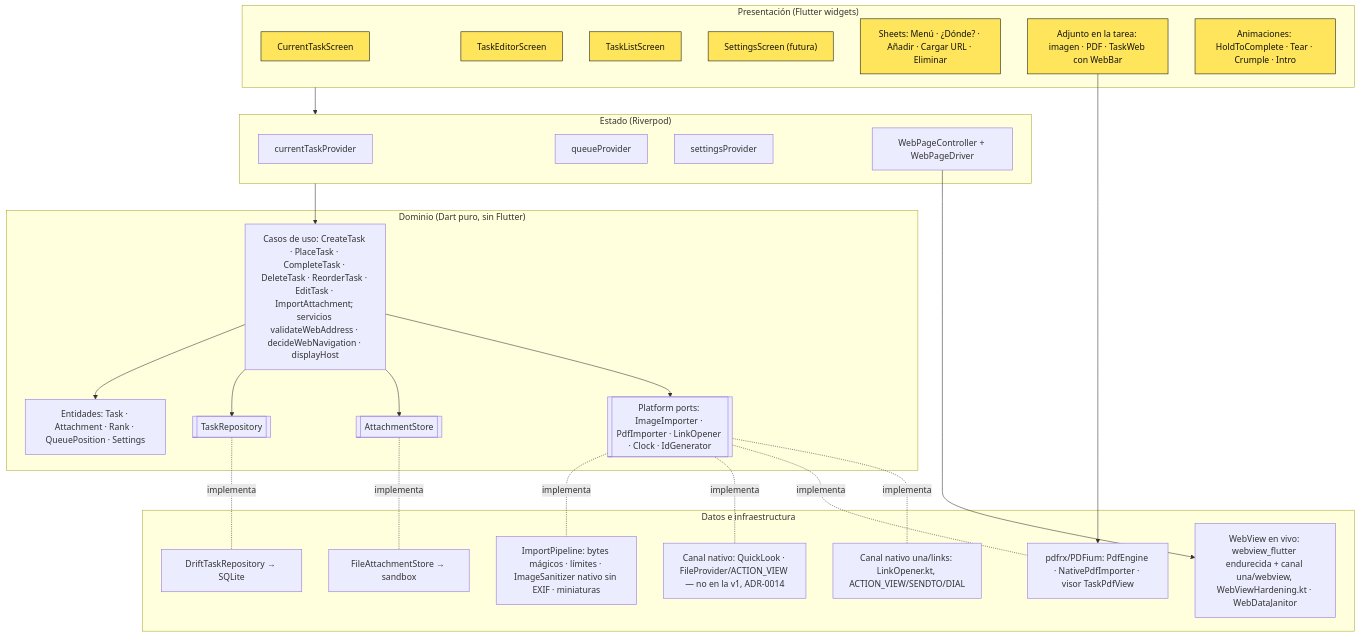
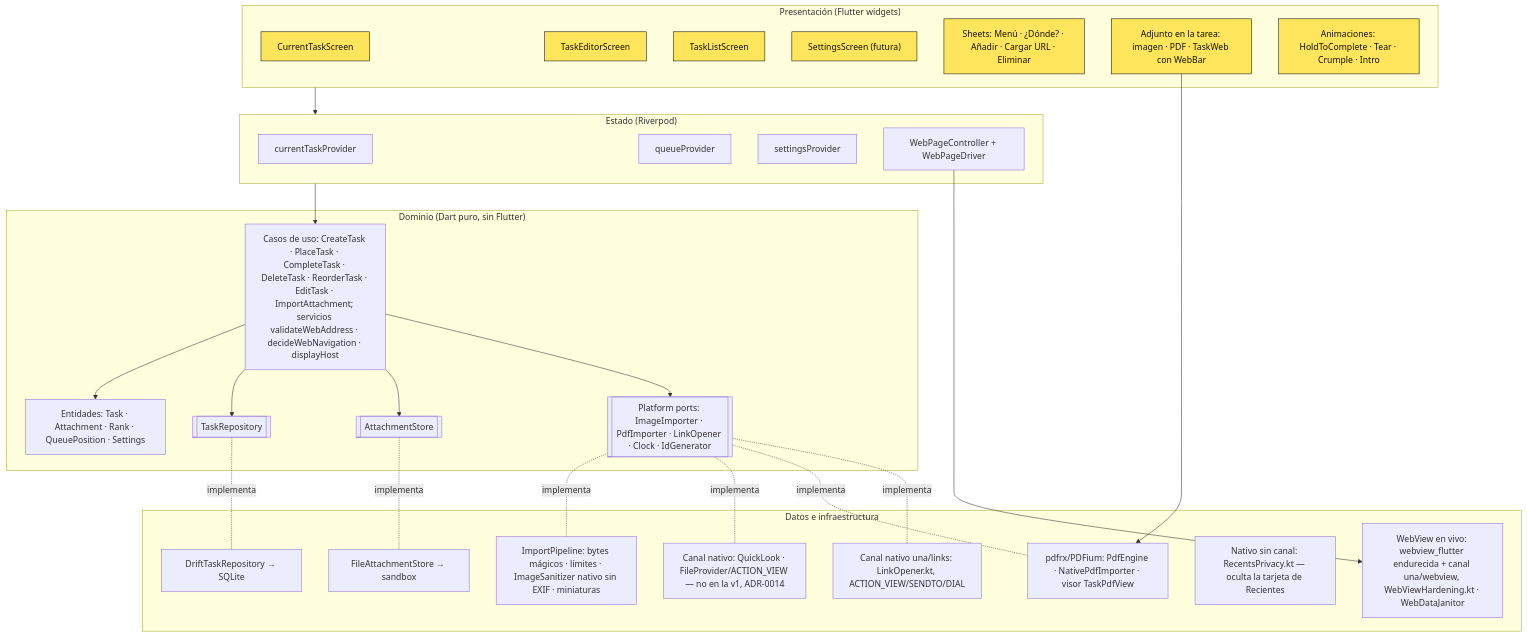
The first of 4 diagrams in docs/architecture.md (svallev/una), drawn with Mermaid before and after one commit. The commit also changed other lines of this file and 50 other files, not shown here.

````diff
--- a/docs/architecture.md
+++ b/docs/architecture.md
@@ -7,43 +7,44 @@
 ```mermaid
 flowchart TB
   subgraph UI["Presentación (Flutter widgets)"]
     S1[CurrentTaskScreen]:::ui
     S2[TaskEditorScreen]:::ui
     S3[TaskListScreen]:::ui
     S4["SettingsScreen (futura)"]:::ui
     SH[Sheets: Menú · ¿Dónde? · Añadir · Cargar URL · Eliminar]:::ui
     V[Adjunto en la tarea: imagen · PDF · TaskWeb con WebBar]:::ui
     FX[Animaciones: HoldToComplete · Tear · Crumple · Intro]:::ui
   end
   subgraph STATE["Estado (Riverpod)"]
     P1[currentTaskProvider]
     P2[queueProvider]
     P3[settingsProvider]
     P4[WebPageController + WebPageDriver]
   end
   subgraph DOMAIN["Dominio (Dart puro, sin Flutter)"]
     UC[Casos de uso: CreateTask · PlaceTask · CompleteTask · DeleteTask · ReorderTask · EditTask · ImportAttachment; servicios validateWebAddress · decideWebNavigation · displayHost]
     E[Entidades: Task · Attachment · Rank · QueuePosition · Settings]
     RP[[TaskRepository]]
     AS[[AttachmentStore]]
     PF[[Platform ports: ImageImporter · PdfImporter · LinkOpener · Clock · IdGenerator]]
   end
   subgraph DATA["Datos e infraestructura"]
     DR[DriftTaskRepository → SQLite]
     FS[FileAttachmentStore → sandbox]
     IMP[ImportPipeline: bytes mágicos · límites · ImageSanitizer nativo sin EXIF · miniaturas]
     WV[WebView en vivo: webview_flutter endurecida + canal una/webview, WebViewHardening.kt · WebDataJanitor]
     PDF[pdfrx/PDFium: PdfEngine · NativePdfImporter · visor TaskPdfView]
     LNK[Canal nativo una/links: LinkOpener.kt, ACTION_VIEW/SENDTO/DIAL]
+    RC[Nativo sin canal: RecentsPrivacy.kt — oculta la tarjeta de Recientes]
     NV[Canal nativo: QuickLook · FileProvider/ACTION_VIEW — no en la v1, ADR-0014]
   end
   UI --> STATE --> UC
   UC --> E
   UC --> RP & AS & PF
   RP -.implementa.- DR
   AS -.implementa.- FS
   PF -.implementa.- IMP & NV & PDF & LNK
   P4 --> WV
   V --> PDF
   classDef ui fill:#FFE55C,stroke:#111,color:#111
 ```
````
